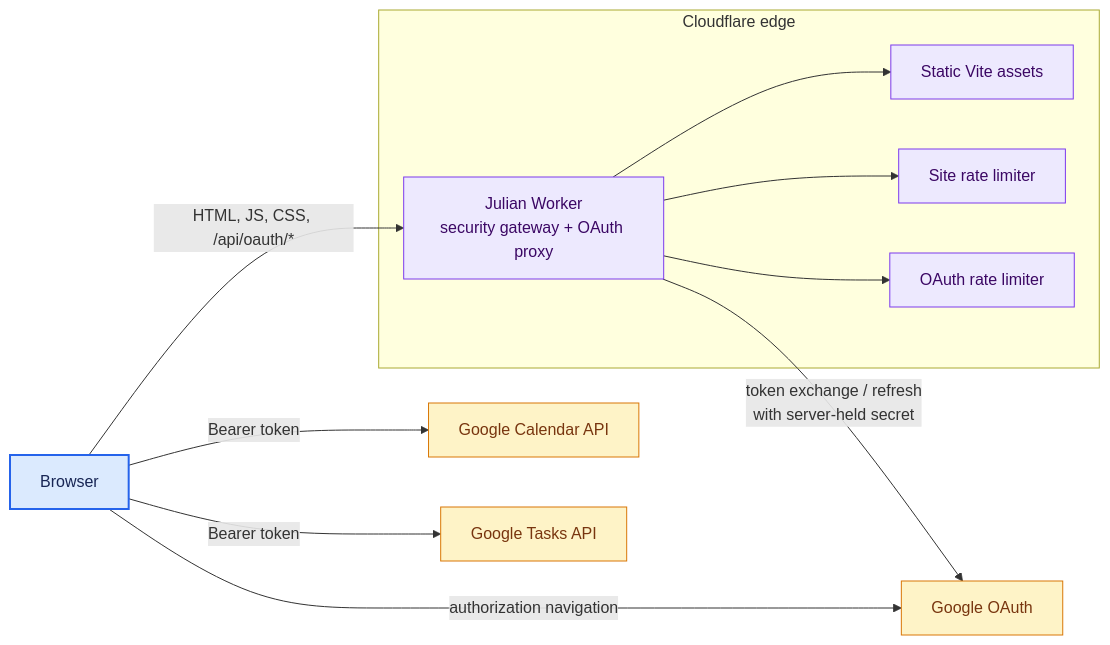
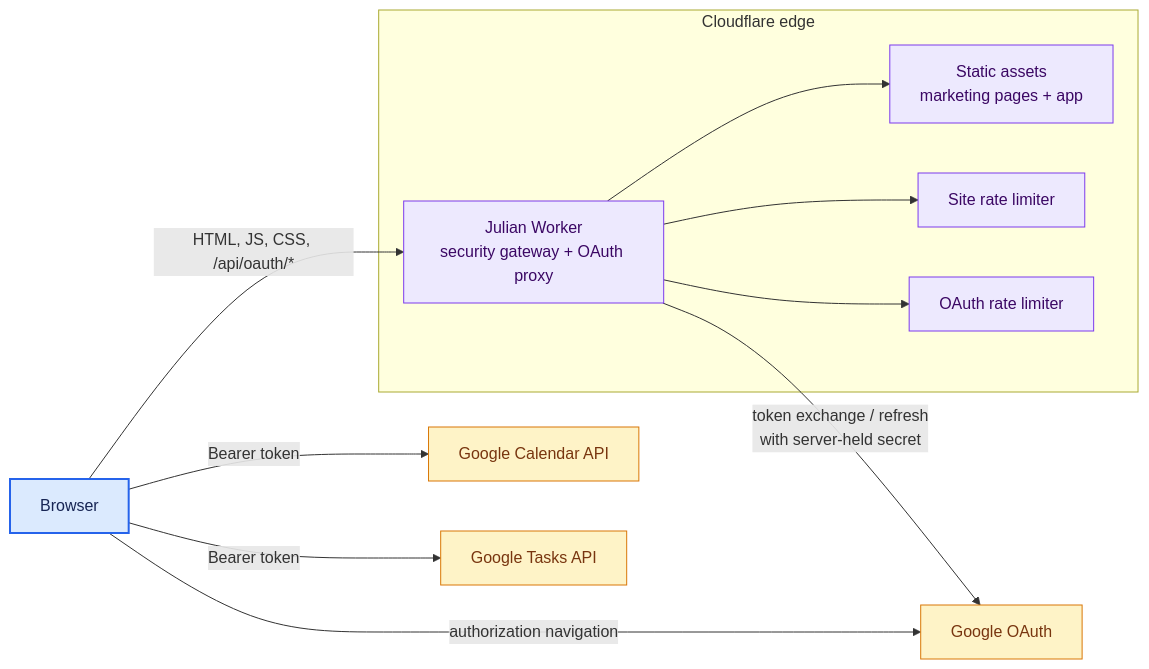
The first of 6 diagrams in docs/architecture.md (krmznkr/julian), drawn with Mermaid before and after one commit. The commit also changed other lines of this file and 81 other files, not shown here.

````diff
--- a/docs/architecture.md
+++ b/docs/architecture.md
@@ -10,31 +10,31 @@
 ```mermaid
 flowchart LR
   user["Browser"]
 
   subgraph edge["Cloudflare edge"]
     worker["Julian Worker<br/>security gateway + OAuth proxy"]
-    assets["Static Vite assets"]
+    assets["Static assets<br/>marketing pages + app"]
     siteLimit["Site rate limiter"]
     oauthLimit["OAuth rate limiter"]
   end
 
   googleAuth["Google OAuth"]
   calendar["Google Calendar API"]
   tasks["Google Tasks API"]
 
   user -->|"HTML, JS, CSS, /api/oauth/*"| worker
   worker --> siteLimit
   worker --> assets
   worker --> oauthLimit
   worker -->|"token exchange / refresh<br/>with server-held secret"| googleAuth
   user -->|"authorization navigation"| googleAuth
   user -->|"Bearer token"| calendar
   user -->|"Bearer token"| tasks
 
   classDef client fill:#dbeafe,stroke:#2563eb,color:#172554,stroke-width:2px
   classDef edgeNode fill:#ede9fe,stroke:#7c3aed,color:#3b0764
   classDef external fill:#fef3c7,stroke:#d97706,color:#78350f
   class user client
   class worker,assets,siteLimit,oauthLimit edgeNode
   class googleAuth,calendar,tasks external
 ```
````
